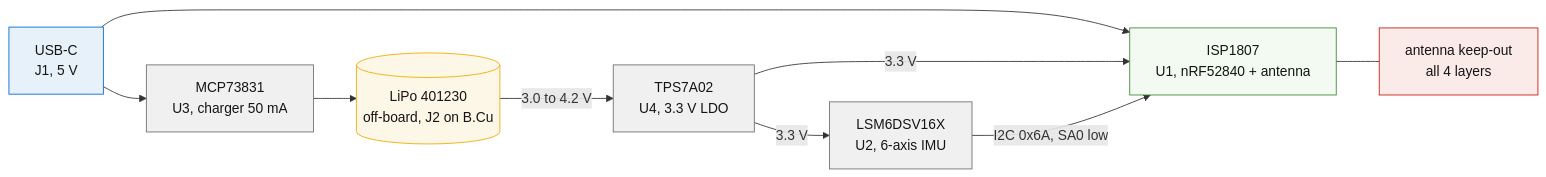
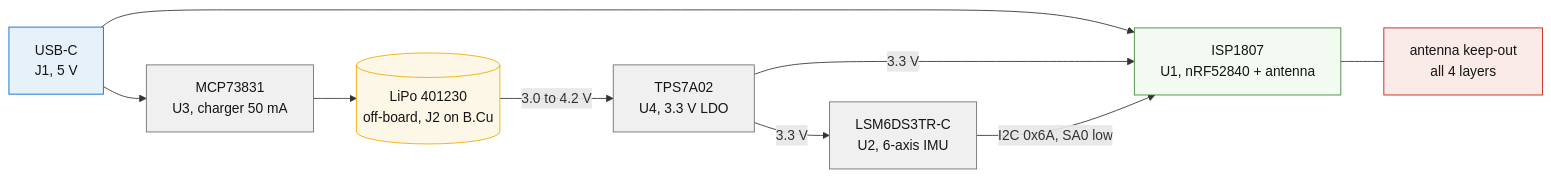
The third of 3 diagrams in ARCHITECTURE.md (Brillar0101/pen-mixer), drawn with Mermaid before and after one commit. The commit also changed other lines of this file and 1 other file, not shown here.

Commit message:
fix stale doc facts
Claude-Session: https://claude.ai/code/session_01RCYT2QSY7BVZDeTyE9KrC4

````diff
--- a/ARCHITECTURE.md
+++ b/ARCHITECTURE.md
@@ -129,22 +129,22 @@
 ```mermaid
 flowchart LR
     USB["USB-C<br>J1, 5 V"] --> CHG["MCP73831<br>U3, charger 50 mA"]
     USB --> MOD
     CHG --> BAT[("LiPo 401230<br>off-board, J2 on B.Cu")]
     BAT -->|"3.0 to 4.2 V"| LDO["TPS7A02<br>U4, 3.3 V LDO"]
     LDO -->|"3.3 V"| MOD["ISP1807<br>U1, nRF52840 + antenna"]
-    LDO -->|"3.3 V"| SNS["LSM6DSV16X<br>U2, 6-axis IMU"]
+    LDO -->|"3.3 V"| SNS["LSM6DS3TR-C<br>U2, 6-axis IMU"]
     SNS -->|"I2C 0x6A, SA0 low"| MOD
     MOD --- KO["antenna keep-out<br>all 4 layers"]
 
     classDef pfBlue fill:#E7F1FA,stroke:#0066CC,color:#151515
     classDef pfGold fill:#FDF7E7,stroke:#F0AB00,color:#151515
     classDef pfGreen fill:#F3FAF2,stroke:#3E8635,color:#151515
     classDef pfGray fill:#F0F0F0,stroke:#6A6E73,color:#151515
     classDef pfRed fill:#FAEAE8,stroke:#C9190B,color:#151515
     class USB pfBlue
     class CHG,LDO,SNS pfGray
     class BAT pfGold
     class MOD pfGreen
     class KO pfRed
 ```
````
